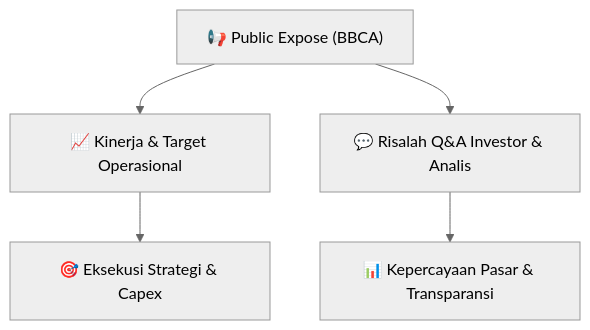
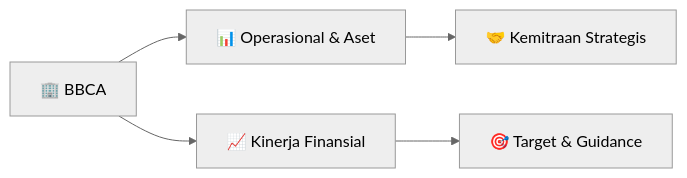
One commit to anYoneo/alphadigest-idx changed the diagram in Finplan_analyst/knowledge-base/public-exposes/informasi-pubex/BBCA_Public_Expose_20260826.md. Above: the diagram before and after it, drawn with Mermaid (neutral theme). The commit also changed other lines of this file and 526 other files, not shown here.

````diff
--- a/Finplan_analyst/knowledge-base/public-exposes/informasi-pubex/BBCA_Public_Expose_20260826.md
+++ b/Finplan_analyst/knowledge-base/public-exposes/informasi-pubex/BBCA_Public_Expose_20260826.md
@@ -35,7 +117,7 @@
 ```mermaid
-flowchart TD
-    A["📢 Public Expose (BBCA)"] --> B["📈 Kinerja & Target Operasional"]
-    A --> C["💬 Risalah Q&A Investor & Analis"]
-    B --> D["🎯 Eksekusi Strategi & Capex"]
-    C --> E["📊 Kepercayaan Pasar & Transparansi"]
+flowchart LR
+    A["🏢 BBCA"] --> B["📊 Operasional & Aset"]
+    A --> C["📈 Kinerja Finansial"]
+    B --> D["🤝 Kemitraan Strategis"]
+    C --> E["🎯 Target & Guidance"]
 ```
````
